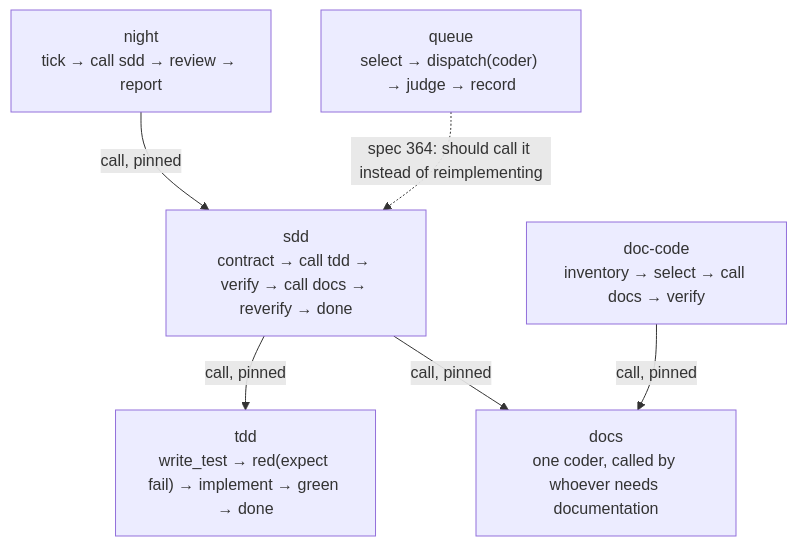
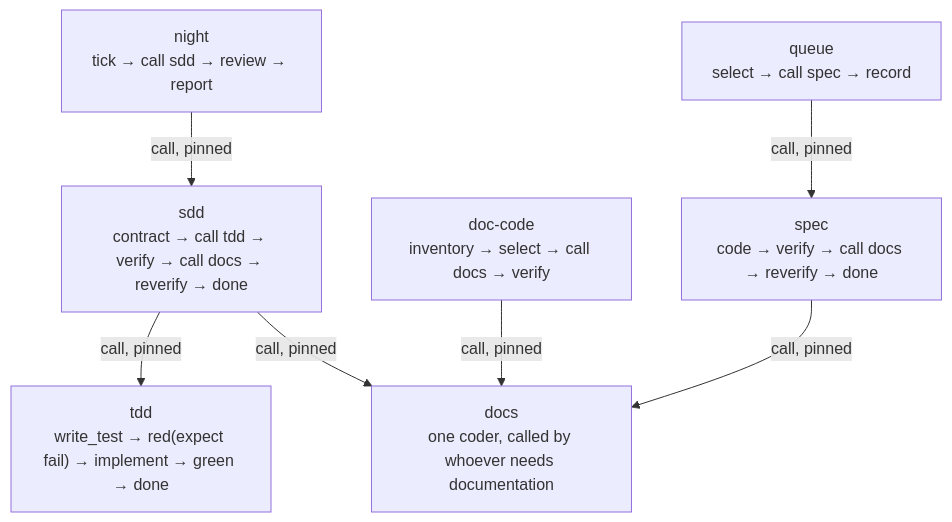
The diagram in graphs/COMPOSABILITY.md (bitscrafts/pi-improved), drawn with Mermaid before and after one commit. The commit also changed other lines of this file and 13 other files, not shown here.

First line of the commit message:
The queue implements a spec by calling the graph that does it

````diff
--- a/graphs/COMPOSABILITY.md
+++ b/graphs/COMPOSABILITY.md
@@ -73,16 +73,18 @@
 ```mermaid
 flowchart TB
   night["night<br/>tick → call sdd → review → report"]
   sdd["sdd<br/>contract → call tdd → verify → call docs → reverify → done"]
   tdd["tdd<br/>write_test → red(expect fail) → implement → green → done"]
   docs["docs<br/>one coder, called by whoever needs documentation"]
   doccode["doc-code<br/>inventory → select → call docs → verify"]
-  queue["queue<br/>select → dispatch(coder) → judge → record"]
+  queue["queue<br/>select → call spec → record"]
+  spec["spec<br/>code → verify → call docs → reverify → done"]
 
   night -->|"call, pinned"| sdd
   sdd -->|"call, pinned"| tdd
   sdd -->|"call, pinned"| docs
   doccode -->|"call, pinned"| docs
-  queue -.->|"spec 364: should call it instead of reimplementing"| sdd
+  queue -->|"call, pinned"| spec
+  spec -->|"call, pinned"| docs
   classDef dotted stroke-dasharray:4
 ```
````
